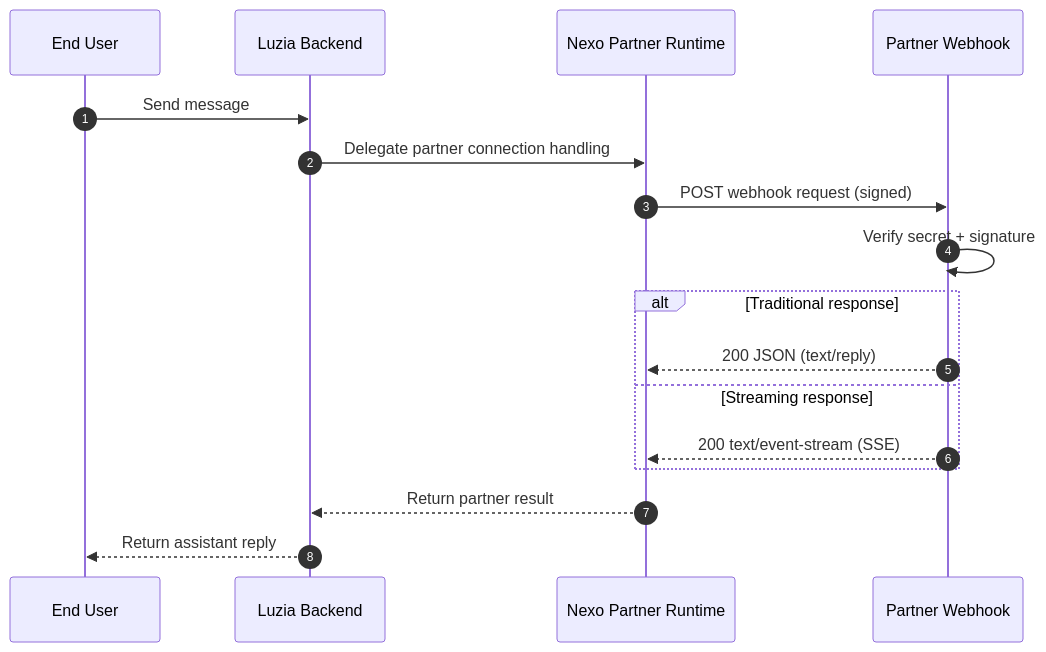
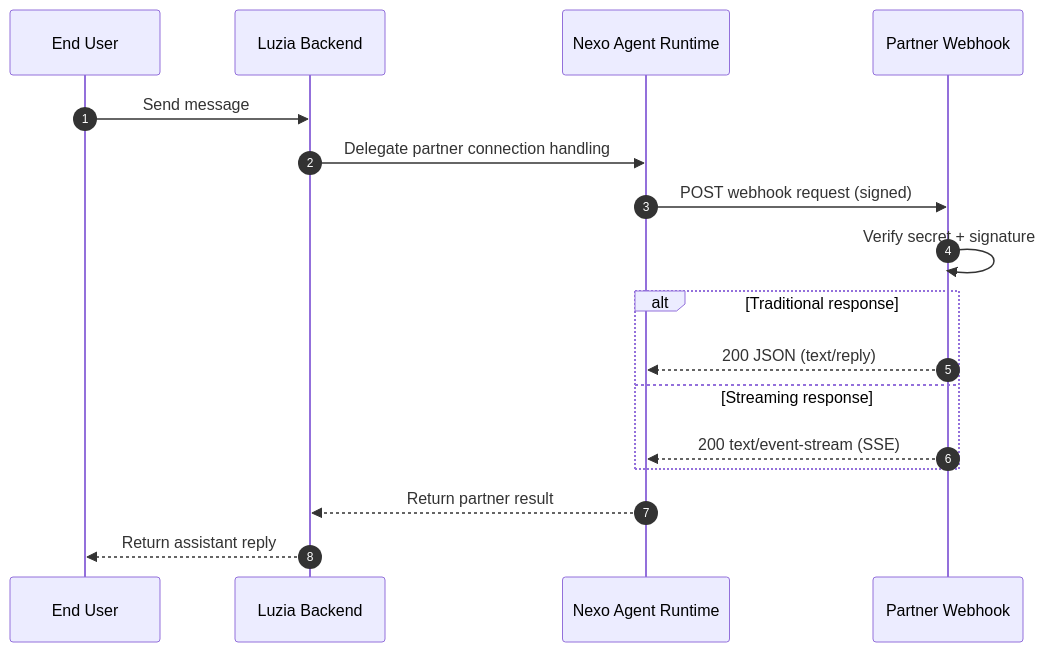
The diagram in README.md (The-Wordlab/luzia-nexo-api), drawn with Mermaid before and after one commit. The commit also changed other lines of this file and 10 other files, not shown here.

````diff
--- a/README.md
+++ b/README.md
@@ -18,20 +18,20 @@
 ```mermaid
 sequenceDiagram
     autonumber
     participant User as End User
     participant Luzia as Luzia Backend
-    participant Nexo as Nexo Partner Runtime
+    participant Nexo as Nexo Agent Runtime
     participant Partner as Partner Webhook
 
     User->>Luzia: Send message
     Luzia->>Nexo: Delegate partner connection handling
     Nexo->>Partner: POST webhook request (signed)
     Partner->>Partner: Verify secret + signature
     alt Traditional response
         Partner-->>Nexo: 200 JSON (text/reply)
     else Streaming response
         Partner-->>Nexo: 200 text/event-stream (SSE)
     end
     Nexo-->>Luzia: Return partner result
     Luzia-->>User: Return assistant reply
 ```
````
